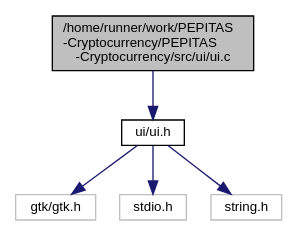
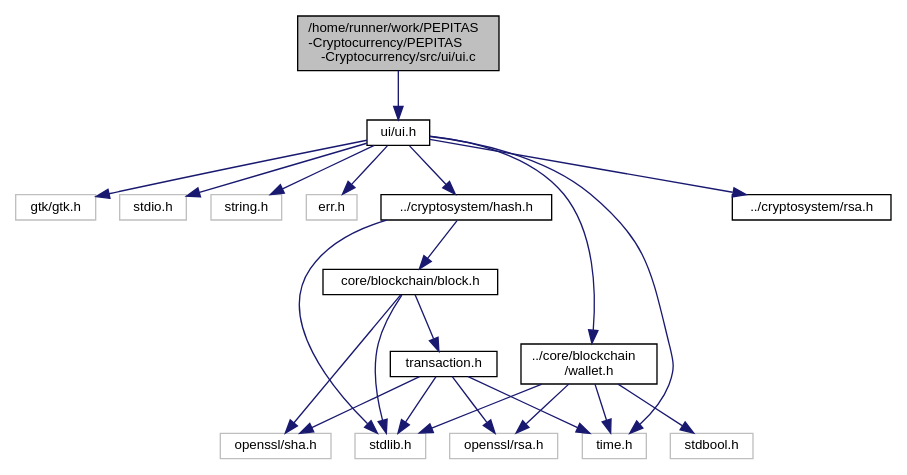
Before and after one commit to nathan-rabet/PEPITAS-Cryptocurrency: the diagram in docs/documentation/ui_8c__incl.dot, drawn with Graphviz. The commit also changed 227 other files, not shown here.

```diff
--- a/docs/documentation/ui_8c__incl.dot
+++ b/docs/documentation/ui_8c__incl.dot
@@ -1,15 +1,44 @@
 digraph "/home/runner/work/PEPITAS-Cryptocurrency/PEPITAS-Cryptocurrency/src/ui/ui.c"
 {
  // LATEX_PDF_SIZE
   edge [fontname="Helvetica",fontsize="10",labelfontname="Helvetica",labelfontsize="10"];
   node [fontname="Helvetica",fontsize="10",shape=record];
   Node1 [label="/home/runner/work/PEPITAS\l-Cryptocurrency/PEPITAS\l-Cryptocurrency/src/ui/ui.c",height=0.2,width=0.4,color="black", fillcolor="grey75", style="filled", fontcolor="black",tooltip=" "];
   Node1 -> Node2 [color="midnightblue",fontsize="10",style="solid",fontname="Helvetica"];
   Node2 [label="ui/ui.h",height=0.2,width=0.4,color="black", fillcolor="white", style="filled",URL="$ui_8h.html",tooltip=" "];
   Node2 -> Node3 [color="midnightblue",fontsize="10",style="solid",fontname="Helvetica"];
   Node3 [label="gtk/gtk.h",height=0.2,width=0.4,color="grey75", fillcolor="white", style="filled",tooltip=" "];
   Node2 -> Node4 [color="midnightblue",fontsize="10",style="solid",fontname="Helvetica"];
   Node4 [label="stdio.h",height=0.2,width=0.4,color="grey75", fillcolor="white", style="filled",tooltip=" "];
   Node2 -> Node5 [color="midnightblue",fontsize="10",style="solid",fontname="Helvetica"];
   Node5 [label="string.h",height=0.2,width=0.4,color="grey75", fillcolor="white", style="filled",tooltip=" "];
+  Node2 -> Node6 [color="midnightblue",fontsize="10",style="solid",fontname="Helvetica"];
+  Node6 [label="err.h",height=0.2,width=0.4,color="grey75", fillcolor="white", style="filled",tooltip=" "];
+  Node2 -> Node7 [color="midnightblue",fontsize="10",style="solid",fontname="Helvetica"];
+  Node7 [label="time.h",height=0.2,width=0.4,color="grey75", fillcolor="white", style="filled",tooltip=" "];
+  Node2 -> Node8 [color="midnightblue",fontsize="10",style="solid",fontname="Helvetica"];
+  Node8 [label="../cryptosystem/rsa.h",height=0.2,width=0.4,color="black", fillcolor="white", style="filled",URL="$rsa_8h.html",tooltip=" "];
+  Node2 -> Node9 [color="midnightblue",fontsize="10",style="solid",fontname="Helvetica"];
+  Node9 [label="../cryptosystem/hash.h",height=0.2,width=0.4,color="black", fillcolor="white", style="filled",URL="$hash_8h.html",tooltip=" "];
+  Node9 -> Node10 [color="midnightblue",fontsize="10",style="solid",fontname="Helvetica"];
+  Node10 [label="stdlib.h",height=0.2,width=0.4,color="grey75", fillcolor="white", style="filled",tooltip=" "];
+  Node9 -> Node11 [color="midnightblue",fontsize="10",style="solid",fontname="Helvetica"];
+  Node11 [label="core/blockchain/block.h",height=0.2,width=0.4,color="black", fillcolor="white", style="filled",URL="$block_8h.html",tooltip=" "];
+  Node11 -> Node10 [color="midnightblue",fontsize="10",style="solid",fontname="Helvetica"];
+  Node11 -> Node12 [color="midnightblue",fontsize="10",style="solid",fontname="Helvetica"];
+  Node12 [label="openssl/sha.h",height=0.2,width=0.4,color="grey75", fillcolor="white", style="filled",tooltip=" "];
+  Node11 -> Node13 [color="midnightblue",fontsize="10",style="solid",fontname="Helvetica"];
+  Node13 [label="transaction.h",height=0.2,width=0.4,color="black", fillcolor="white", style="filled",URL="$transaction_8h.html",tooltip=" "];
+  Node13 -> Node10 [color="midnightblue",fontsize="10",style="solid",fontname="Helvetica"];
+  Node13 -> Node14 [color="midnightblue",fontsize="10",style="solid",fontname="Helvetica"];
+  Node14 [label="openssl/rsa.h",height=0.2,width=0.4,color="grey75", fillcolor="white", style="filled",tooltip=" "];
+  Node13 -> Node12 [color="midnightblue",fontsize="10",style="solid",fontname="Helvetica"];
+  Node13 -> Node7 [color="midnightblue",fontsize="10",style="solid",fontname="Helvetica"];
+  Node2 -> Node15 [color="midnightblue",fontsize="10",style="solid",fontname="Helvetica"];
+  Node15 [label="../core/blockchain\l/wallet.h",height=0.2,width=0.4,color="black", fillcolor="white", style="filled",URL="$wallet_8h.html",tooltip=" "];
+  Node15 -> Node14 [color="midnightblue",fontsize="10",style="solid",fontname="Helvetica"];
+  Node15 -> Node10 [color="midnightblue",fontsize="10",style="solid",fontname="Helvetica"];
+  Node15 -> Node16 [color="midnightblue",fontsize="10",style="solid",fontname="Helvetica"];
+  Node16 [label="stdbool.h",height=0.2,width=0.4,color="grey75", fillcolor="white", style="filled",tooltip=" "];
+  Node15 -> Node7 [color="midnightblue",fontsize="10",style="solid",fontname="Helvetica"];
 }
```
